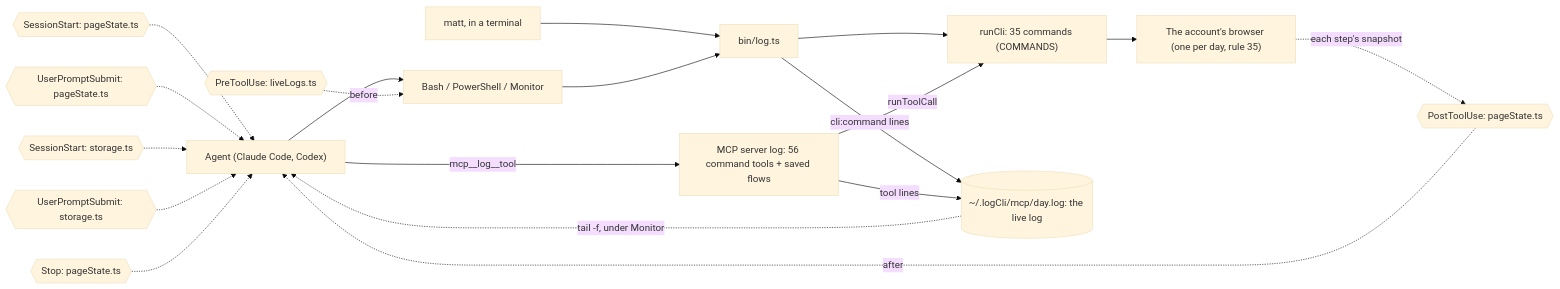
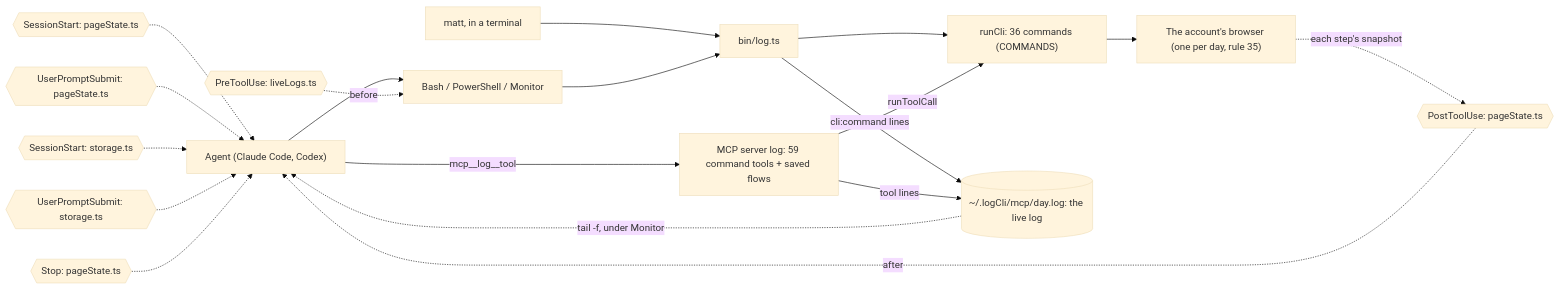
The diagram in docs/diagrams/surface.mmd (matthewdonsemail-lab/log), drawn with Mermaid (base theme) before and after one commit. The commit also changed 22 other files, not shown here.

```diff
--- a/docs/diagrams/surface.mmd
+++ b/docs/diagrams/surface.mmd
@@ -1,29 +1,29 @@
 %% How a call reaches log-cli. From a shell or over MCP, both run the same commands through `runCli`, write the same live log, and pass through the same hooks.
 %% Written by `bun run docs:build` from the code (rule 56). Not edited by hand.
 flowchart LR
   agent["Agent (Claude Code, Codex)"]
   matt["matt, in a terminal"]
   shell["Bash / PowerShell / Monitor"]
-  mcp["MCP server log: 56 command tools + saved flows"]
+  mcp["MCP server log: 59 command tools + saved flows"]
   bin["bin/log.ts"]
-  runCli["runCli: 35 commands (COMMANDS)"]
+  runCli["runCli: 36 commands (COMMANDS)"]
   live[("~/.logCli/mcp/day.log: the live log")]
   browser["The account's browser (one per day, rule 35)"]
   agent --> shell
   matt --> bin
   shell --> bin
   agent -->|mcp__log__tool| mcp
   bin --> runCli
   mcp -->|runToolCall| runCli
   runCli --> browser
   bin -->|cli:command lines| live
   mcp -->|tool lines| live
   live -.->|tail -f, under Monitor| agent
   pre0{{"PreToolUse: liveLogs.ts"}} -.->|before| shell
   post0{{"PostToolUse: pageState.ts"}} -.->|after| agent
   turn0{{"SessionStart: pageState.ts"}} -.-> agent
   turn1{{"UserPromptSubmit: pageState.ts"}} -.-> agent
   turn2{{"SessionStart: storage.ts"}} -.-> agent
   turn3{{"UserPromptSubmit: storage.ts"}} -.-> agent
   turn4{{"Stop: pageState.ts"}} -.-> agent
   browser -.->|each step's snapshot| post0
```
